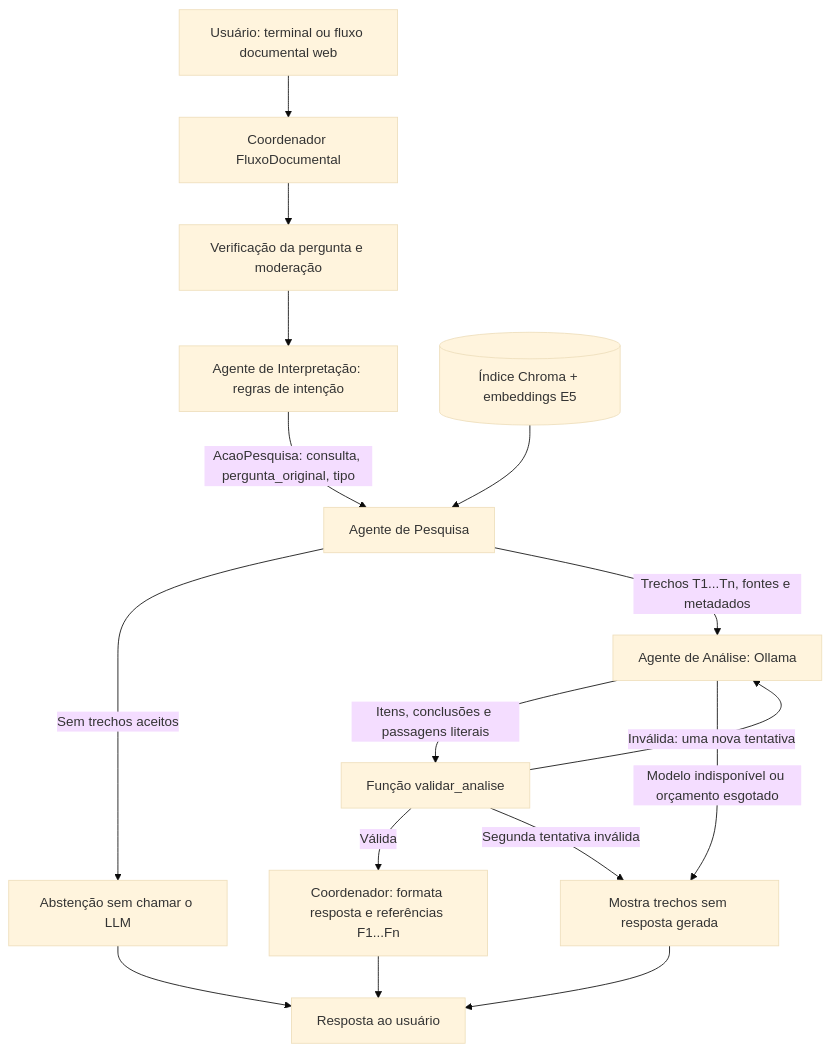
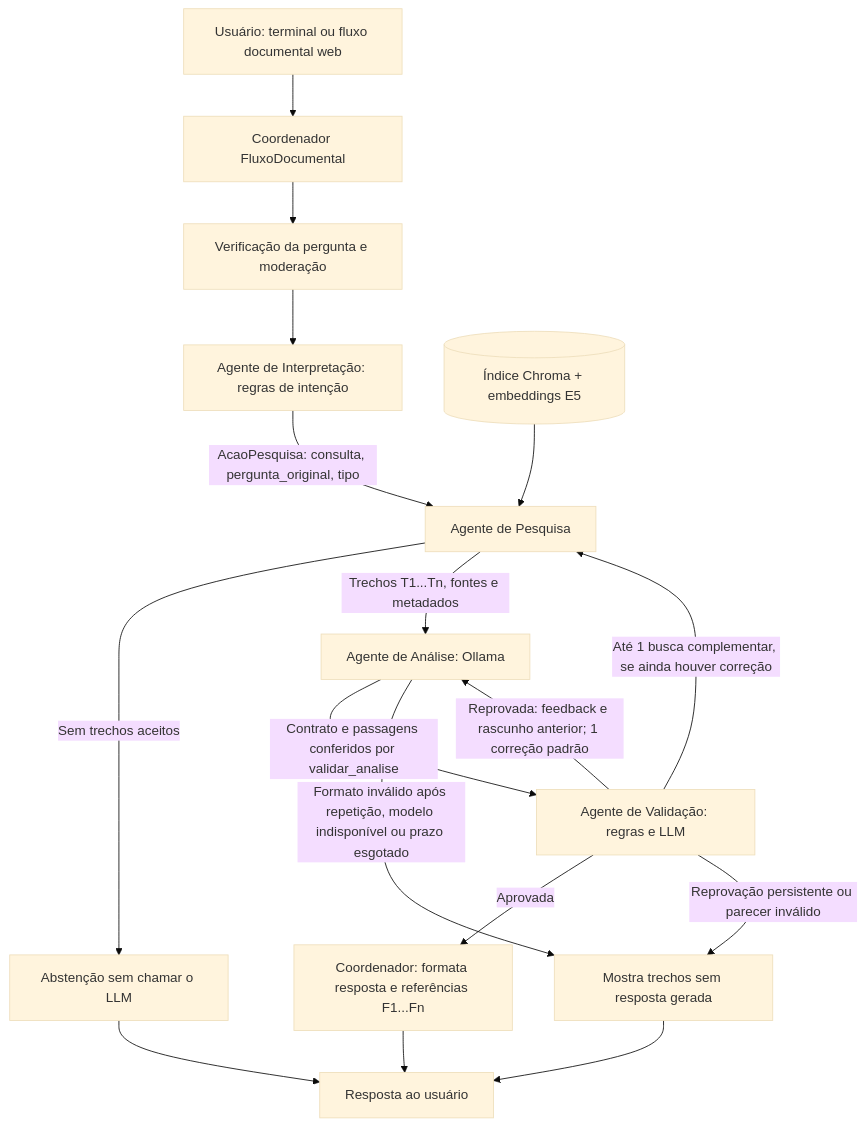
One commit to victoriafe-sa/PontoAtivo changed the diagram in docs/entregas/semana-04/README.md. Above: the diagram before and after it, drawn with Mermaid (base theme). The commit also changed other lines of this file and 11 other files, not shown here.

Commit message:
Corrige referências e contagem da validação e atualiza arquitetura

````diff
--- a/docs/entregas/semana-04/README.md
+++ b/docs/entregas/semana-04/README.md
@@ -26,18 +26,19 @@
 ```mermaid
 flowchart TD
     U[Usuário: terminal ou fluxo documental web] --> C[Coordenador FluxoDocumental]
     C --> M[Verificação da pergunta e moderação]
     M --> I[Agente de Interpretação: regras de intenção]
     I -->|AcaoPesquisa: consulta, pergunta_original, tipo| P[Agente de Pesquisa]
     B[(Índice Chroma + embeddings E5)] --> P
     P -->|Sem trechos aceitos| AB[Abstenção sem chamar o LLM]
     P -->|Trechos T1...Tn, fontes e metadados| A[Agente de Análise: Ollama]
-    A -->|Itens, conclusões e passagens literais| V[Função validar_analise]
-    V -->|Inválida: uma nova tentativa| A
-    V -->|Válida| F[Coordenador: formata resposta e referências F1...Fn]
-    V -->|Segunda tentativa inválida| D[Mostra trechos sem resposta gerada]
-    A -->|Modelo indisponível ou orçamento esgotado| D
+    A -->|Contrato e passagens conferidos por validar_analise| V[Agente de Validação: regras e LLM]
+    V -->|Reprovada: feedback e rascunho anterior; 1 correção padrão| A
+    V -->|Até 1 busca complementar, se ainda houver correção| P
+    V -->|Aprovada| F[Coordenador: formata resposta e referências F1...Fn]
+    V -->|Reprovação persistente ou parecer inválido| D[Mostra trechos sem resposta gerada]
+    A -->|Formato inválido após repetição, modelo indisponível ou prazo esgotado| D
     F --> R[Resposta ao usuário]
     AB --> R
     D --> R
 ```
````
